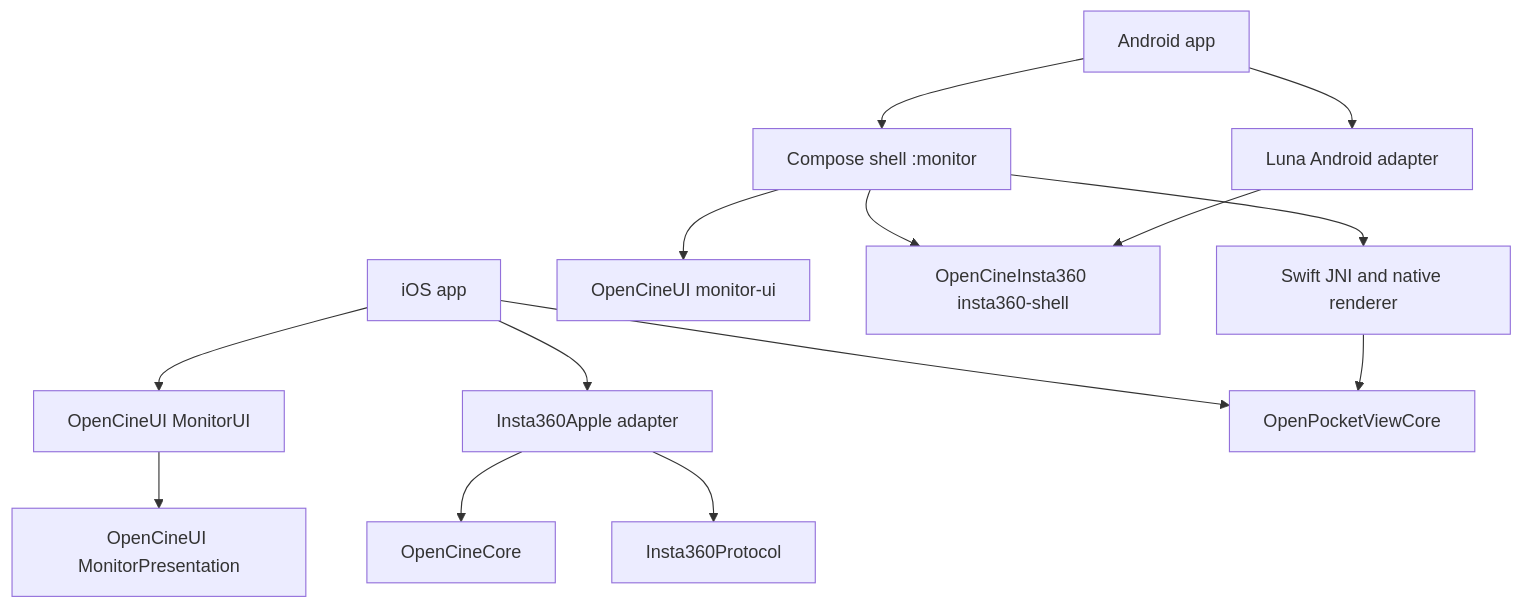
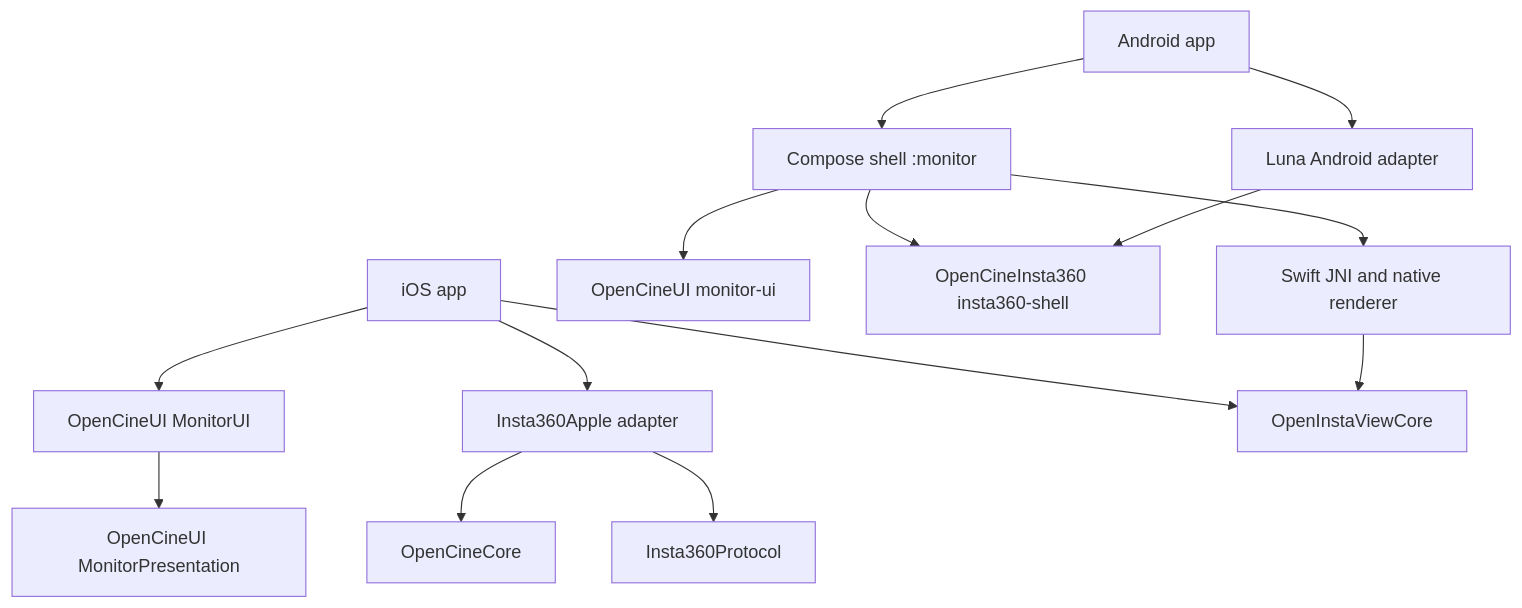
Before and after one commit to erik-sutton95/OpenInstaCine: the diagram in docs/implementation/architecture.md, drawn with Mermaid. The commit also changed other lines of this file and 437 other files, not shown here.

````diff
--- a/docs/implementation/architecture.md
+++ b/docs/implementation/architecture.md
@@ -54,16 +54,16 @@
 ```mermaid
 flowchart TD
     Apple[iOS app] --> UI[OpenCineUI MonitorUI]
     UI --> Presentation[OpenCineUI MonitorPresentation]
     Apple --> LunaApple[Insta360Apple adapter]
-    Apple --> Core[OpenPocketViewCore]
+    Apple --> Core[OpenInstaViewCore]
     LunaApple --> OCCore[OpenCineCore]
     LunaApple --> Protocol[Insta360Protocol]
     Android[Android app] --> Monitor[Compose shell :monitor]
     Android --> LunaAndroid[Luna Android adapter]
     Monitor --> Compose[OpenCineUI monitor-ui]
     Monitor --> API[OpenCineInsta360 insta360-shell]
     LunaAndroid --> API
     Monitor --> JNI[Swift JNI and native renderer]
     JNI --> Core
 ```
````
